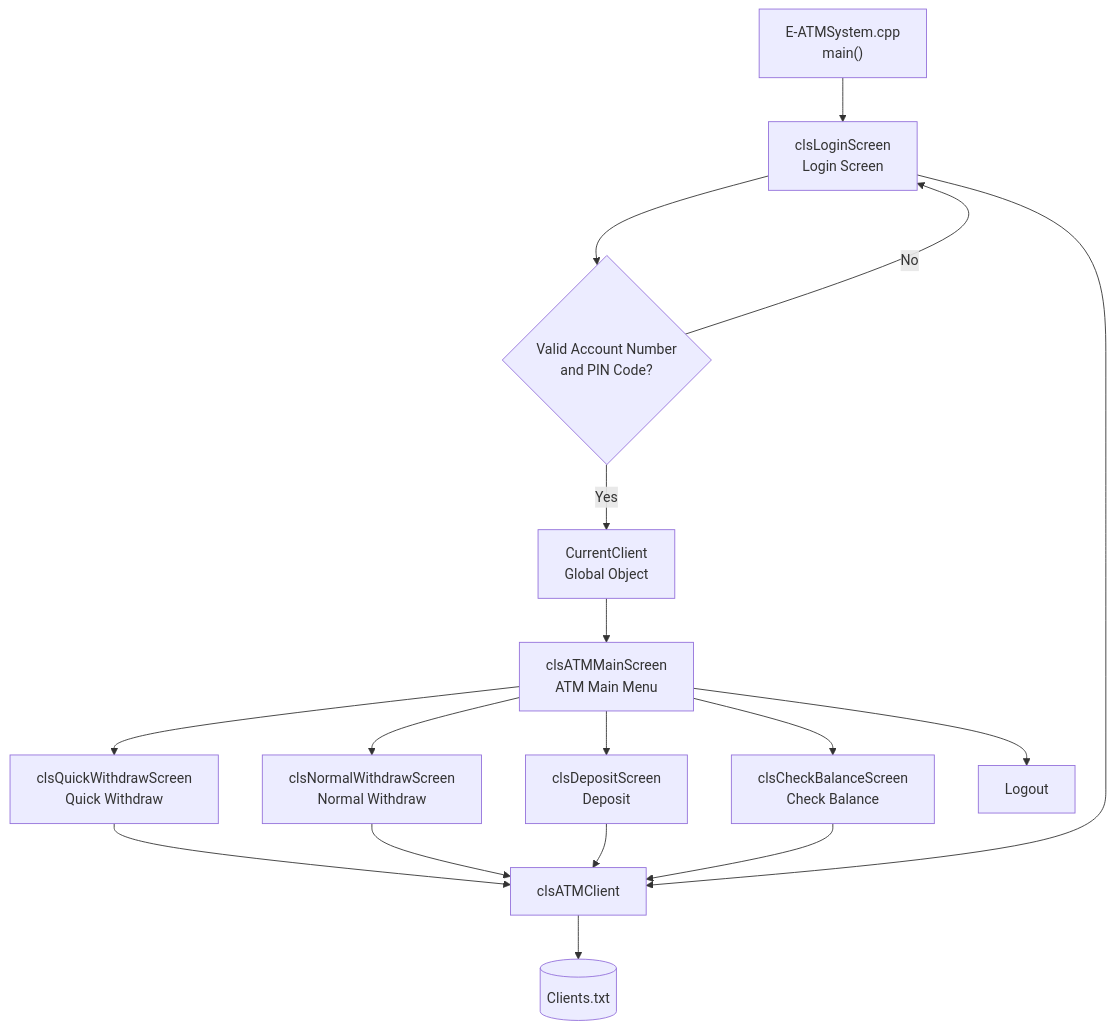
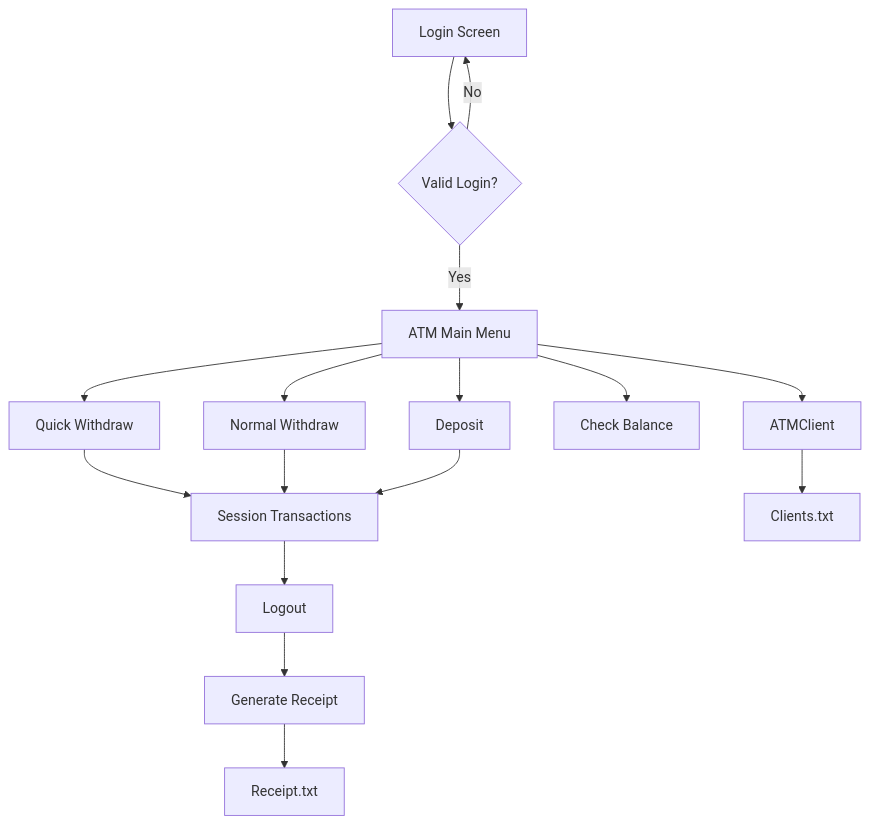
The first of 3 diagrams in README.md (youness-chregui-amin/E-ATMSystem), drawn with Mermaid before and after one commit. The commit also changed other lines of this file, not shown here.

````diff
--- a/README.md
+++ b/README.md
@@ -191,24 +193,27 @@
 ```mermaid
 flowchart TD
-    App["E-ATMSystem.cpp<br/>main()"] --> Login["clsLoginScreen<br/>Login Screen"]
 
-    Login --> Auth{"Valid Account Number<br/>and PIN Code?"}
-    Auth -- "No" --> Login
-    Auth -- "Yes" --> CurrentClient["CurrentClient<br/>Global Object"]
+    Login["Login Screen"] --> Auth{"Valid Login?"}
 
-    CurrentClient --> Main["clsATMMainScreen<br/>ATM Main Menu"]
+    Auth -- No --> Login
+    Auth -- Yes --> Main["ATM Main Menu"]
 
-    Main --> Quick["clsQuickWithdrawScreen<br/>Quick Withdraw"]
-    Main --> Normal["clsNormalWithdrawScreen<br/>Normal Withdraw"]
-    Main --> Deposit["clsDepositScreen<br/>Deposit"]
-    Main --> Balance["clsCheckBalanceScreen<br/>Check Balance"]
-    Main --> Logout["Logout"]
+    Main --> Quick["Quick Withdraw"]
+    Main --> Normal["Normal Withdraw"]
+    Main --> Deposit["Deposit"]
+    Main --> Balance["Check Balance"]
 
-    Quick --> Client["clsATMClient"]
-    Normal --> Client
-    Deposit --> Client
-    Balance --> Client
-    Login --> Client
+    Quick --> Session["Session Transactions"]
+    Normal --> Session
+    Deposit --> Session
 
-    Client --> ClientsFile[("Clients.txt")]
+    Session --> Logout["Logout"]
+
+    Logout --> Receipt["Generate Receipt"]
+
+    Receipt --> File["Receipt.txt"]
+
+    Main --> Client["ATMClient"]
+
+    Client --> Clients["Clients.txt"]
 ```
````
